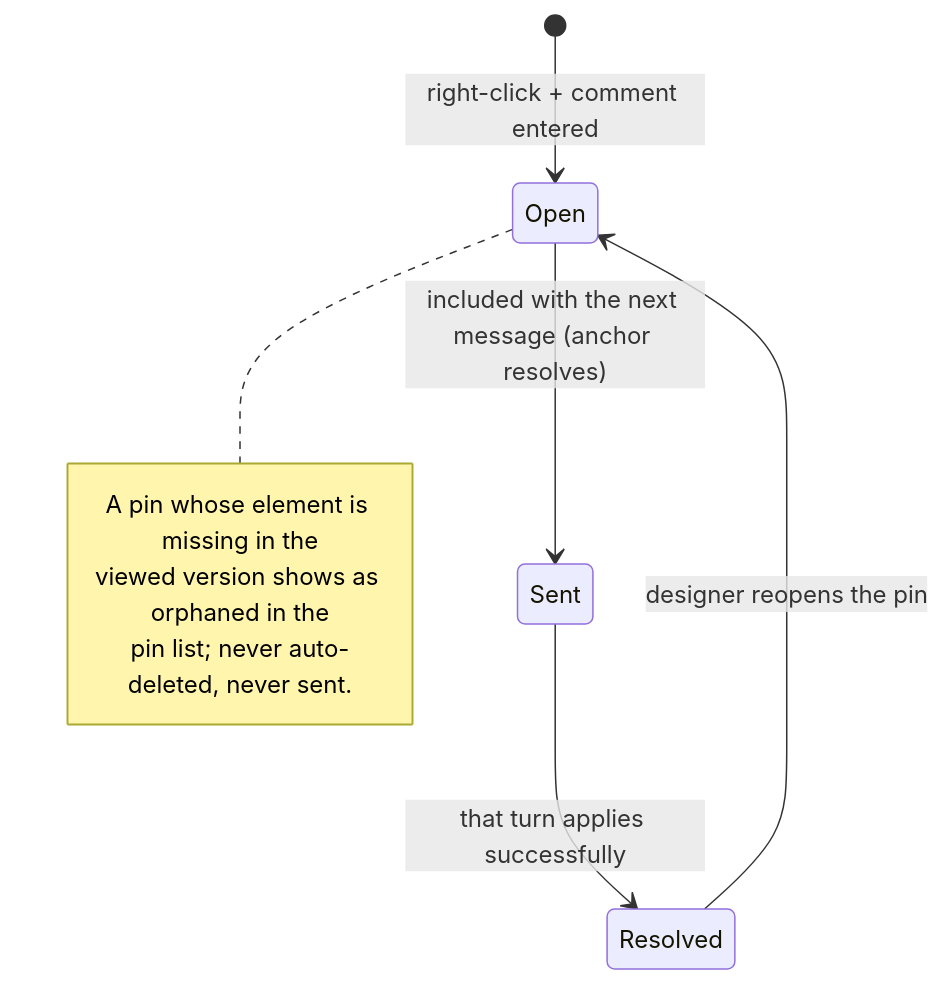
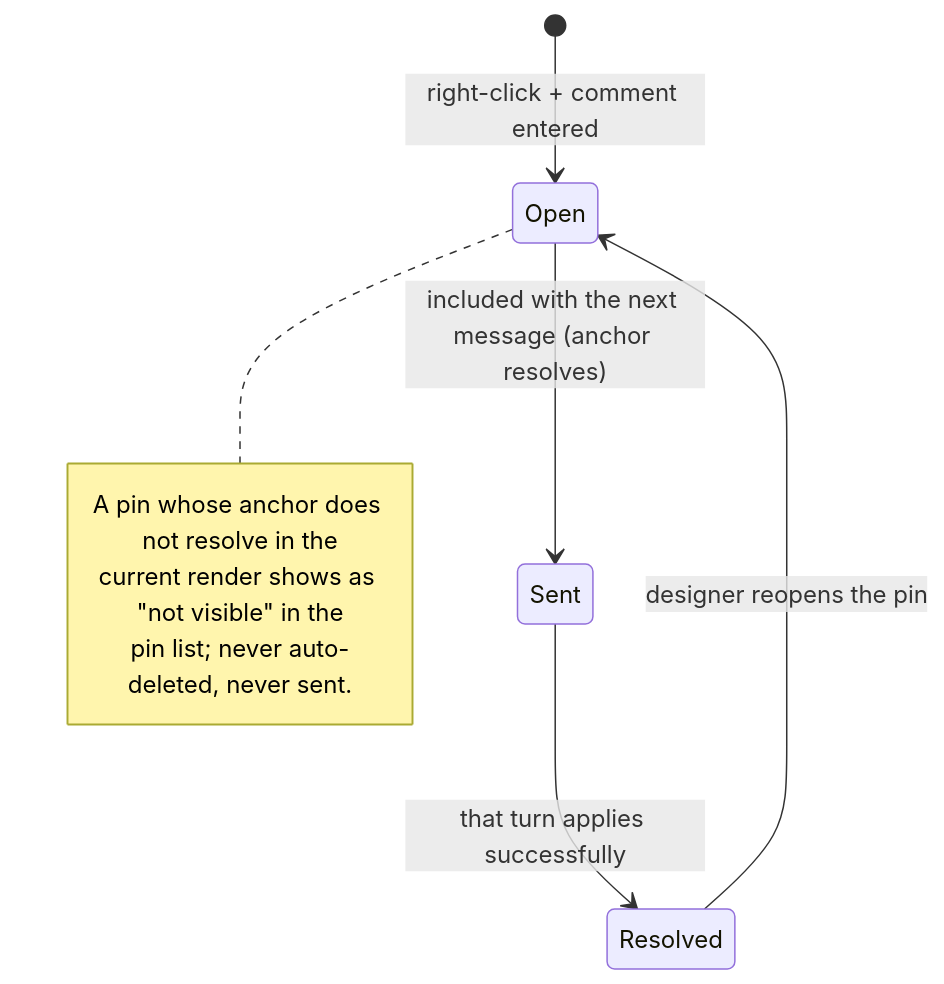
One commit to khmilevoi/termcraft changed the diagram in docs/architecture/flows/pins-and-selection.md. Above: the diagram before and after it, drawn with Mermaid. The commit also changed other lines of this file and 7 other files, not shown here.

````diff
--- a/docs/architecture/flows/pins-and-selection.md
+++ b/docs/architecture/flows/pins-and-selection.md
@@ -3,12 +3,12 @@
 ```mermaid
 stateDiagram-v2
     [*] --> Open: right-click + comment entered
     Open --> Sent: included with the next message (anchor resolves)
     Sent --> Resolved: that turn applies successfully
     Resolved --> Open: designer reopens the pin
     note right of Open
-        A pin whose element is missing in the
-        viewed version shows as orphaned in the
+        A pin whose anchor does not resolve in the
+        current render shows as "not visible" in the
         pin list; never auto-deleted, never sent.
     end note
 ```
````
